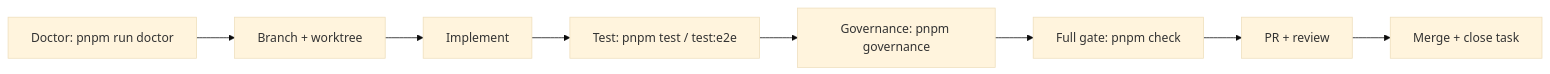
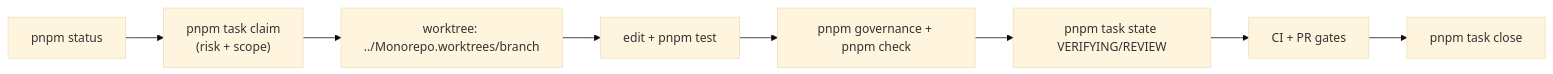
One commit to drferdii/Monorepo-safrs changed the diagram in sentrawiki/how-to-contribute/development-workflow.md. Above: the diagram before and after it, drawn with Mermaid (base theme). The commit also changed other lines of this file and 34 other files, not shown here.

````diff
--- a/sentrawiki/how-to-contribute/development-workflow.md
+++ b/sentrawiki/how-to-contribute/development-workflow.md
@@ -7,10 +29,10 @@
 ```mermaid
 graph LR
-    A[Doctor: pnpm run doctor] --> B[Branch + worktree]
-    B --> C[Implement]
-    C --> D[Test: pnpm test / test:e2e]
-    D --> E[Governance: pnpm governance]
-    E --> F[Full gate: pnpm check]
-    F --> G[PR + review]
-    G --> H[Merge + close task]
+    A["pnpm status"] --> B["pnpm task claim<br/>(risk + scope)"]
+    B --> C["worktree: ../Monorepo.worktrees/branch"]
+    C --> D["edit + pnpm test"]
+    D --> E["pnpm governance + pnpm check"]
+    E --> F["pnpm task state VERIFYING/REVIEW"]
+    F --> G["CI + PR gates"]
+    G --> H["pnpm task close"]
 ```
````
